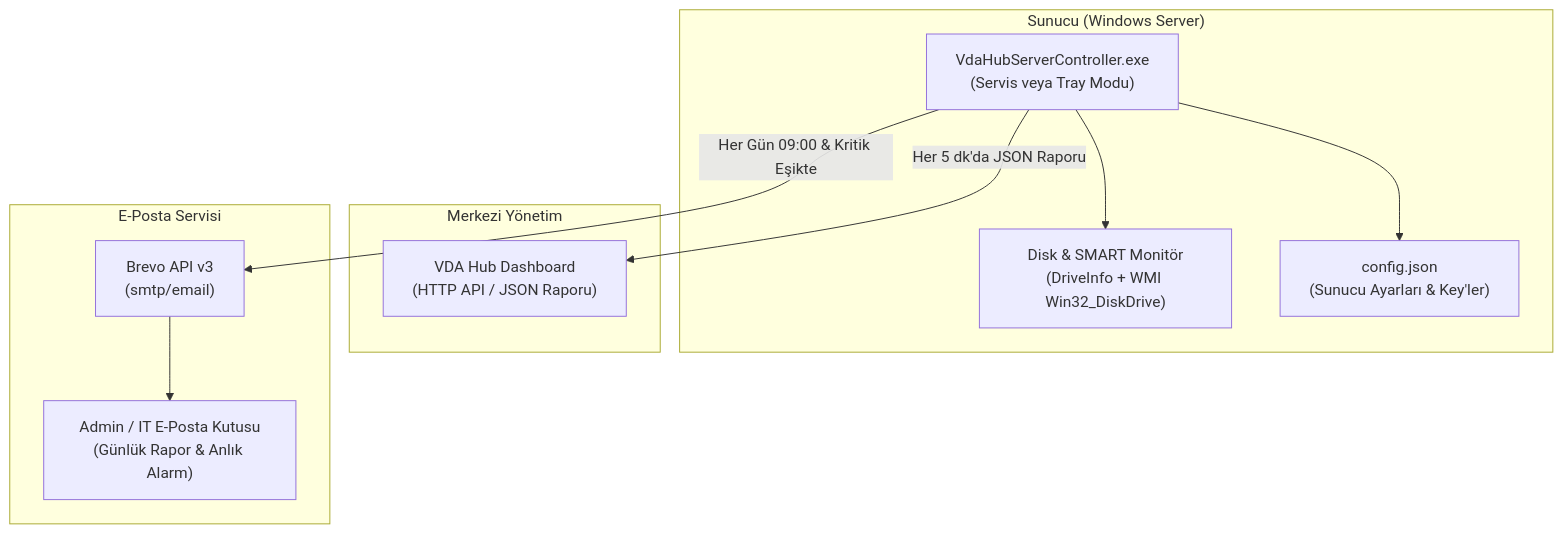
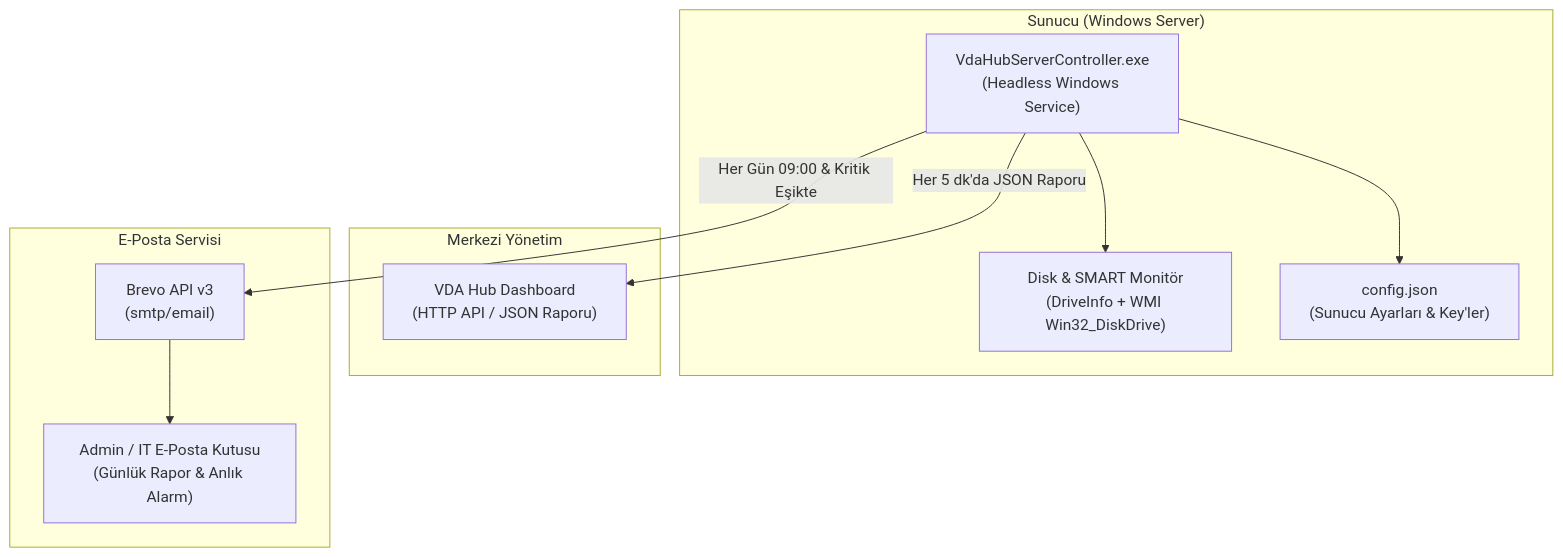
The diagram in README.md (korkuttaha/vda-hub-server-controller), drawn with Mermaid before and after one commit. The commit also changed other lines of this file and 8 other files, not shown here.

Commit message:
feat: run manual snapshots in headless agent

````diff
--- a/README.md
+++ b/README.md
@@ -26,24 +27,24 @@
 ```mermaid
 flowchart TD
     subgraph Sunucu ["Sunucu (Windows Server)"]
-        Agent["VdaHubServerController.exe\n(Servis veya Tray Modu)"]
+        Agent["VdaHubServerController.exe\n(Headless Windows Service)"]
         WMI["Disk & SMART Monitör\n(DriveInfo + WMI Win32_DiskDrive)"]
         Config["config.json\n(Sunucu Ayarları & Key'ler)"]
         
         Agent --> WMI
         Agent --> Config
     end
 
     subgraph Hub ["Merkezi Yönetim"]
         VDAHub["VDA Hub Dashboard\n(HTTP API / JSON Raporu)"]
     end
 
     subgraph Mail ["E-Posta Servisi"]
         Brevo["Brevo API v3\n(smtp/email)"]
         Email["Admin / IT E-Posta Kutusu\n(Günlük Rapor & Anlık Alarm)"]
         Brevo --> Email
     end
 
     Agent -- "Her 5 dk'da JSON Raporu" --> VDAHub
     Agent -- "Her Gün 09:00 & Kritik Eşikte" --> Brevo
 ```
````
